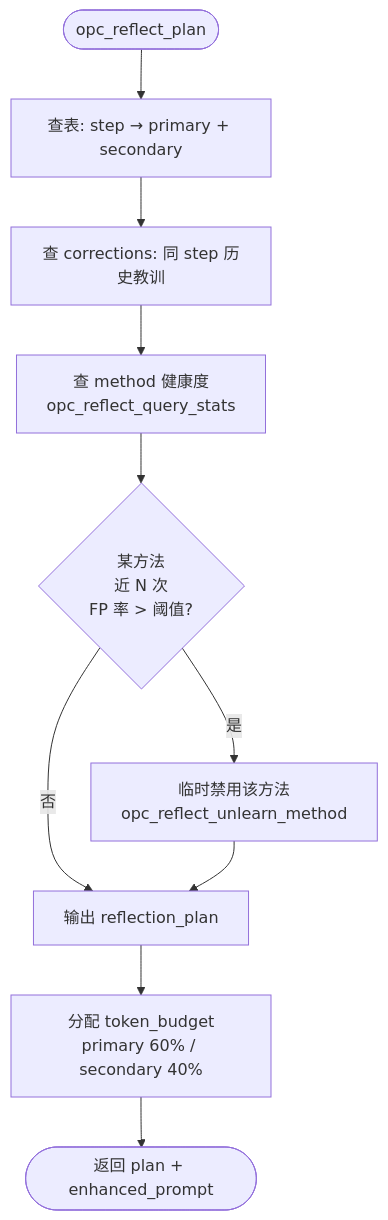
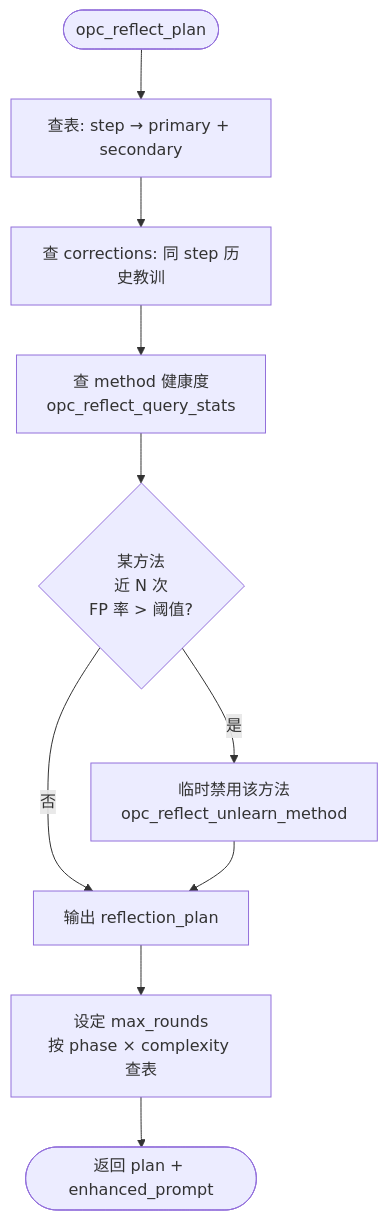
The diagram in doc/feature/05-opc-reflection-server/01-method-theory/00_overview.md (CaffeineOddity/opc-marketplace), drawn with Mermaid before and after one commit. The commit also changed other lines of this file and 46 other files, not shown here.

First line of the commit message:
docs: add reflection call-sequence contract + three-server seam matrix, align flow tools

````diff
--- a/doc/feature/05-opc-reflection-server/01-method-theory/00_overview.md
+++ b/doc/feature/05-opc-reflection-server/01-method-theory/00_overview.md
@@ -89,14 +89,14 @@
 ```mermaid
 flowchart TD
     Start([opc_reflect_plan]) --> Lookup[查表: step → primary + secondary]
     Lookup --> Hist[查 corrections: 同 step 历史教训]
     Hist --> Health[查 method 健康度<br/>opc_reflect_query_stats]
 
     Health --> Bad{某方法<br/>近 N 次<br/>FP 率 > 阈值?}
     Bad -->|是| Unlearn[临时禁用该方法<br/>opc_reflect_unlearn_method]
     Bad -->|否| Plan[输出 reflection_plan]
 
     Unlearn --> Plan
-    Plan --> Budget[分配 token_budget<br/>primary 60% / secondary 40%]
+    Plan --> Budget[设定 max_rounds<br/>按 phase × complexity 查表]
     Budget --> Return([返回 plan + enhanced_prompt])
 ```
````
